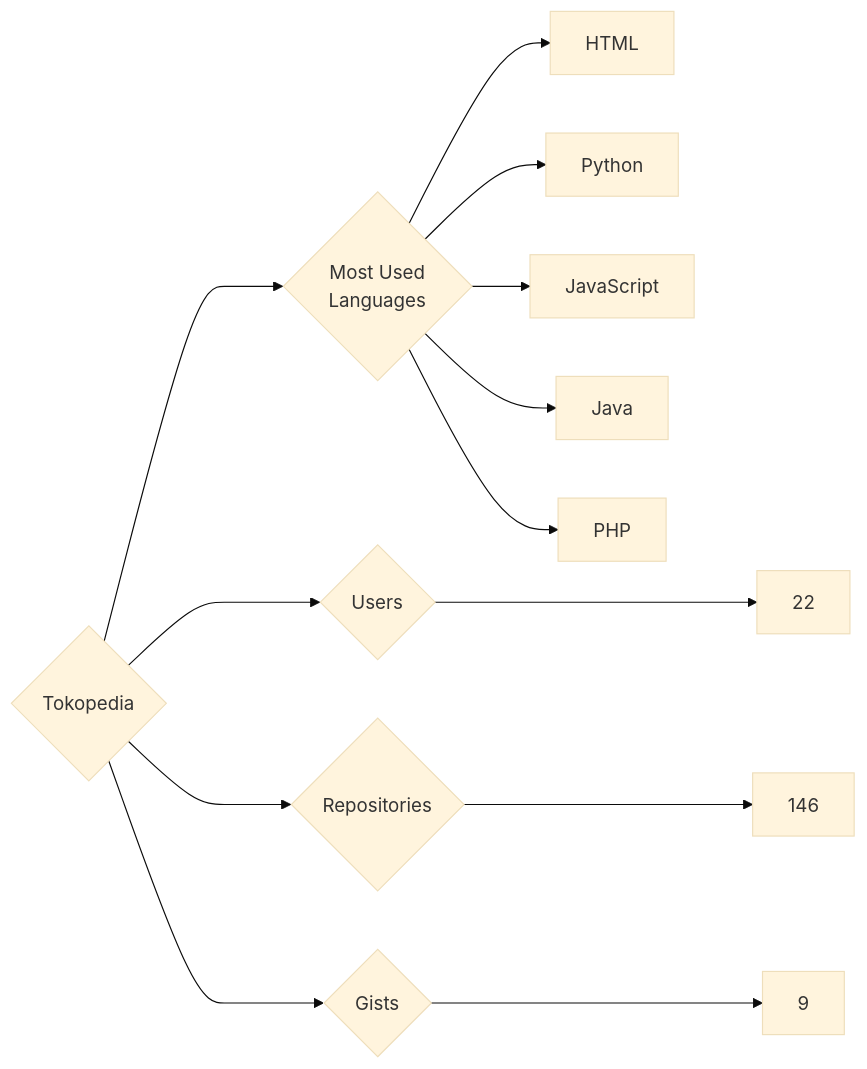
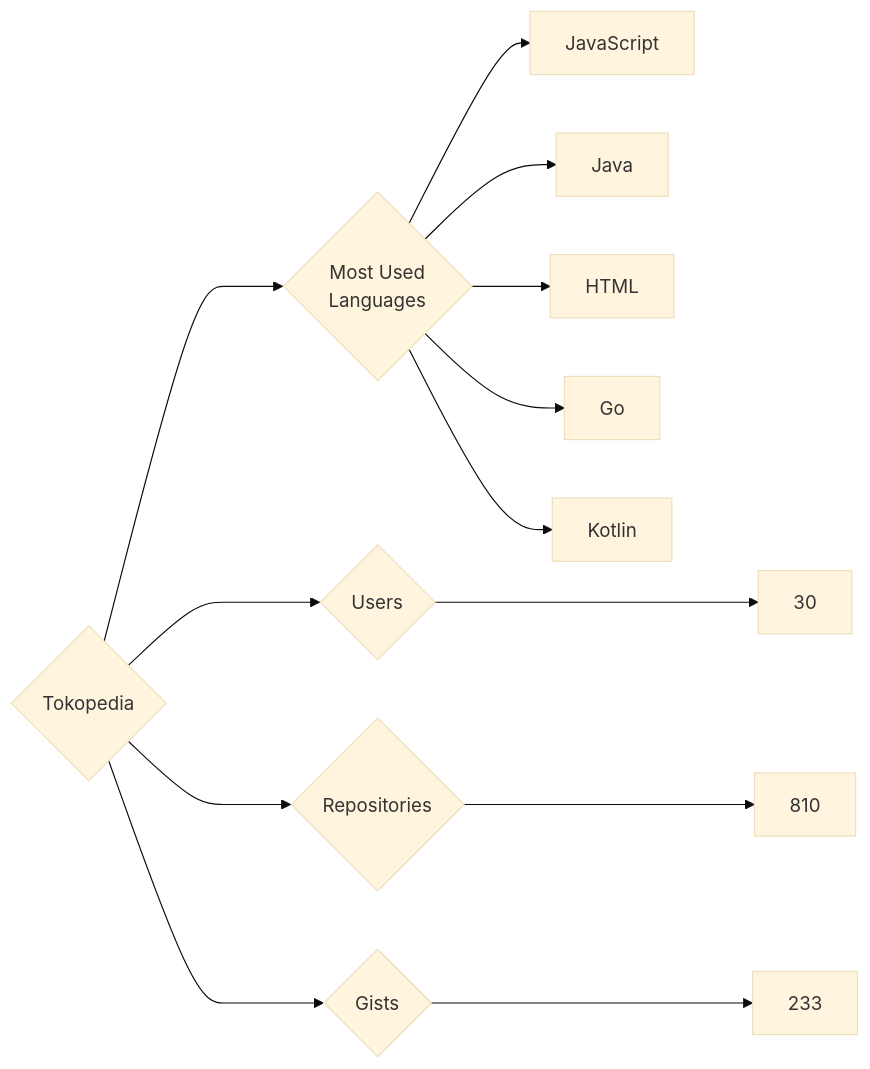
One commit to trickest/insiders changed the diagram in targets/Tokopedia/README.md. Above: the diagram before and after it, drawn with Mermaid (base theme). The commit also changed 796 other files, not shown here.

````diff
--- a/targets/Tokopedia/README.md
+++ b/targets/Tokopedia/README.md
@@ -3,13 +3,13 @@
 ```mermaid
 graph LR
 COMPANY_NAME{Tokopedia}
-COMPANY_NAME ---> U{Users} ---> UN[22]
-COMPANY_NAME ---> R{Repositories} ---> RN[146]
-COMPANY_NAME ---> G{Gists} ---> GN[9]
+COMPANY_NAME ---> U{Users} ---> UN[30]
+COMPANY_NAME ---> R{Repositories} ---> RN[810]
+COMPANY_NAME ---> G{Gists} ---> GN[233]
 COMPANY_NAME ---> ML{Most Used<br>Languages}
-ML --> HTML[HTML]
-ML --> Python[Python]
 ML --> JavaScript[JavaScript]
 ML --> Java[Java]
-ML --> PHP[PHP]
+ML --> HTML[HTML]
+ML --> Go[Go]
+ML --> Kotlin[Kotlin]
 ```
````
